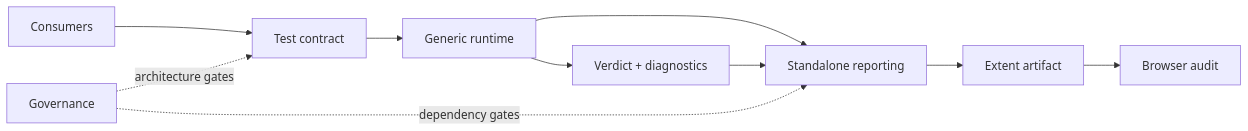
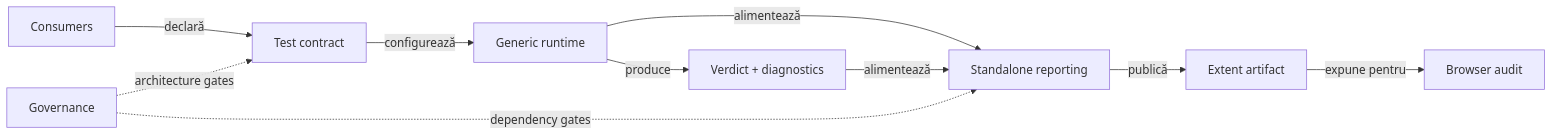
One commit to crististefanita/demo2 changed the first of 6 diagrams in README.md. Above: the diagram before and after it, drawn with Mermaid. The commit also changed other lines of this file and 102 other files, not shown here.

````diff
--- a/README.md
+++ b/README.md
@@ -22,21 +22,21 @@
 ```mermaid
 flowchart LR
     Consumers[Consumers]
     Contract[Test contract]
     Runtime[Generic runtime]
     Verdict[Verdict + diagnostics]
     Reporting[Standalone reporting]
     Artifact[Extent artifact]
     Audit[Browser audit]
     Governance[Governance]
 
-    Consumers --> Contract
-    Contract --> Runtime
-    Runtime --> Reporting
-    Runtime --> Verdict
-    Verdict --> Reporting
-    Reporting --> Artifact
-    Artifact --> Audit
+    Consumers -->|declară| Contract
+    Contract -->|configurează| Runtime
+    Runtime -->|alimentează| Reporting
+    Runtime -->|produce| Verdict
+    Verdict -->|alimentează| Reporting
+    Reporting -->|publică| Artifact
+    Artifact -->|expune pentru| Audit
     Governance -. architecture gates .-> Contract
     Governance -. dependency gates .-> Reporting
 ```
````
